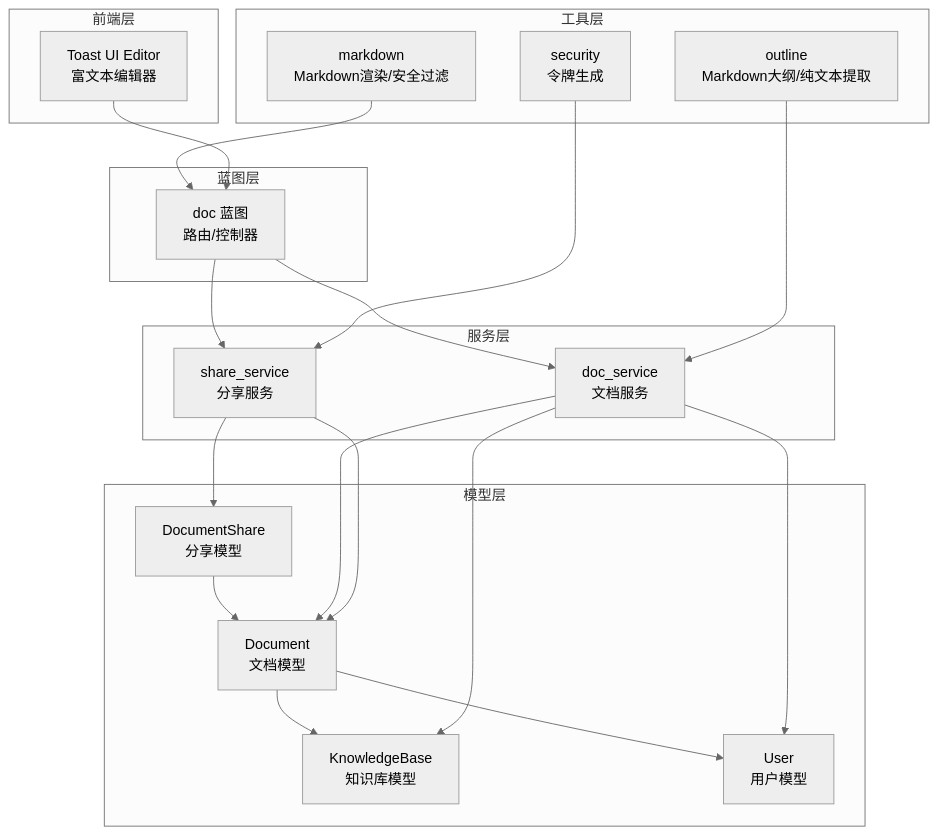
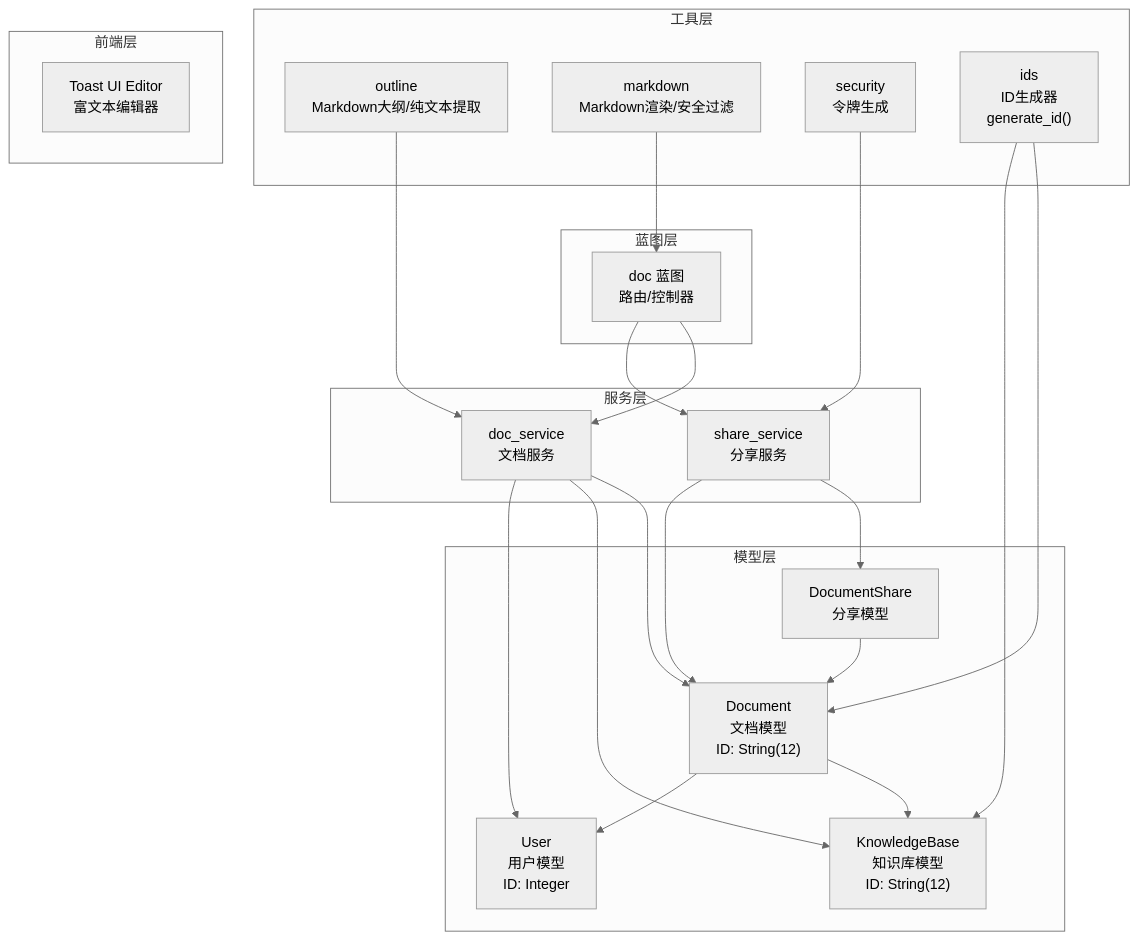
Before and after one commit to beyondalbert/my_wiki: the first of 7 diagrams in .qoder/repowiki/zh/content/数据模型设计/文档模型.md, drawn with Mermaid (neutral theme). The commit also changed other lines of this file and 21 other files, not shown here.

````diff
--- a/.qoder/repowiki/zh/content/数据模型设计/文档模型.md
+++ b/.qoder/repowiki/zh/content/数据模型设计/文档模型.md
@@ -58,38 +57,40 @@
 ```mermaid
 graph TB
 subgraph "模型层"
-D["Document<br/>文档模型"]
+D["Document<br/>文档模型<br/>ID: String(12)"]
 DS["DocumentShare<br/>分享模型"]
-KB["KnowledgeBase<br/>知识库模型"]
-U["User<br/>用户模型"]
+KB["KnowledgeBase<br/>知识库模型<br/>ID: String(12)"]
+U["User<br/>用户模型<br/>ID: Integer"]
 end
 subgraph "服务层"
 S1["doc_service<br/>文档服务"]
 S2["share_service<br/>分享服务"]
 end
 subgraph "工具层"
 U1["outline<br/>Markdown大纲/纯文本提取"]
 U2["markdown<br/>Markdown渲染/安全过滤"]
 U3["security<br/>令牌生成"]
+U4["ids<br/>ID生成器<br/>generate_id()"]
 end
 subgraph "蓝图层"
 BP["doc 蓝图<br/>路由/控制器"]
 end
 subgraph "前端层"
 FE["Toast UI Editor<br/>富文本编辑器"]
 end
 D --> KB
 D --> U
 DS --> D
 S1 --> D
 S1 --> KB
 S1 --> U
 S2 --> DS
 S2 --> D
 BP --> S1
 BP --> S2
 U1 --> S1
 U2 --> BP
 U3 --> S2
-FE --> BP
+U4 --> D
+U4 --> KB
 ```
````
